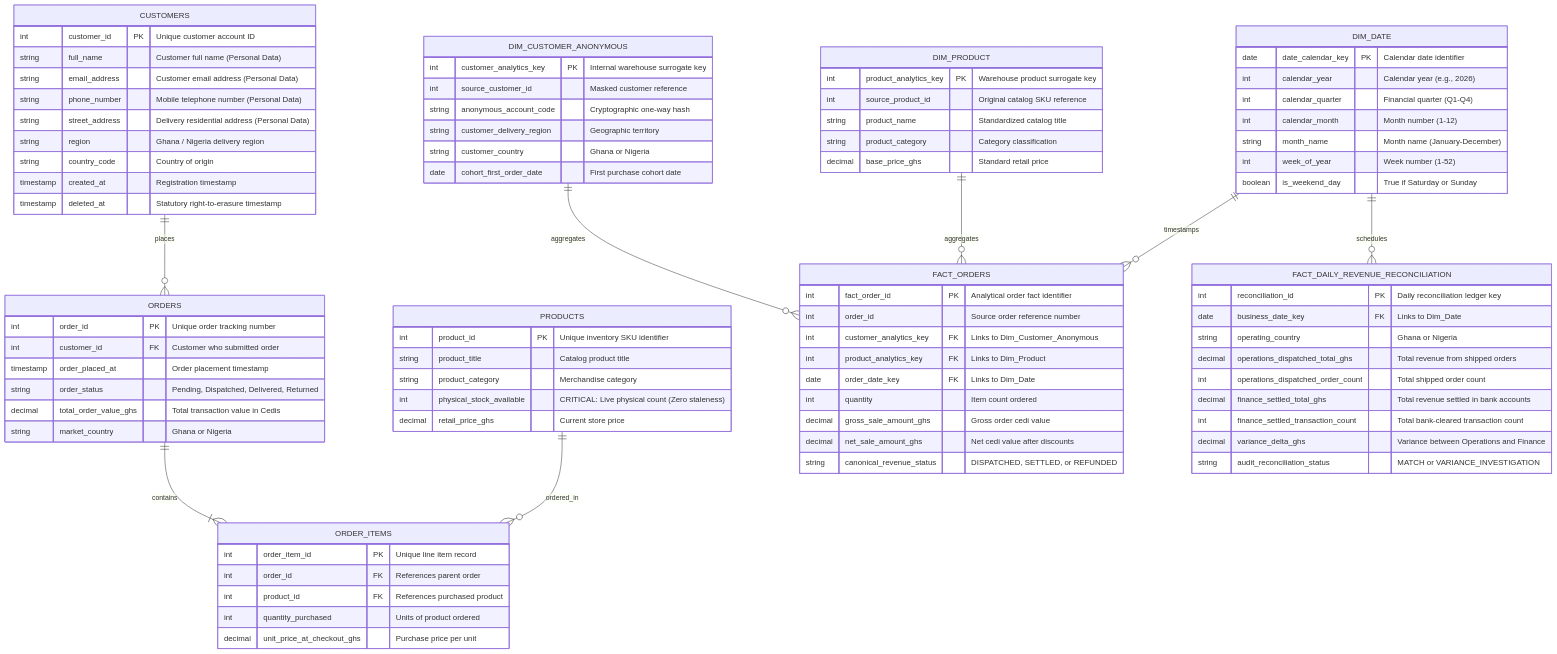
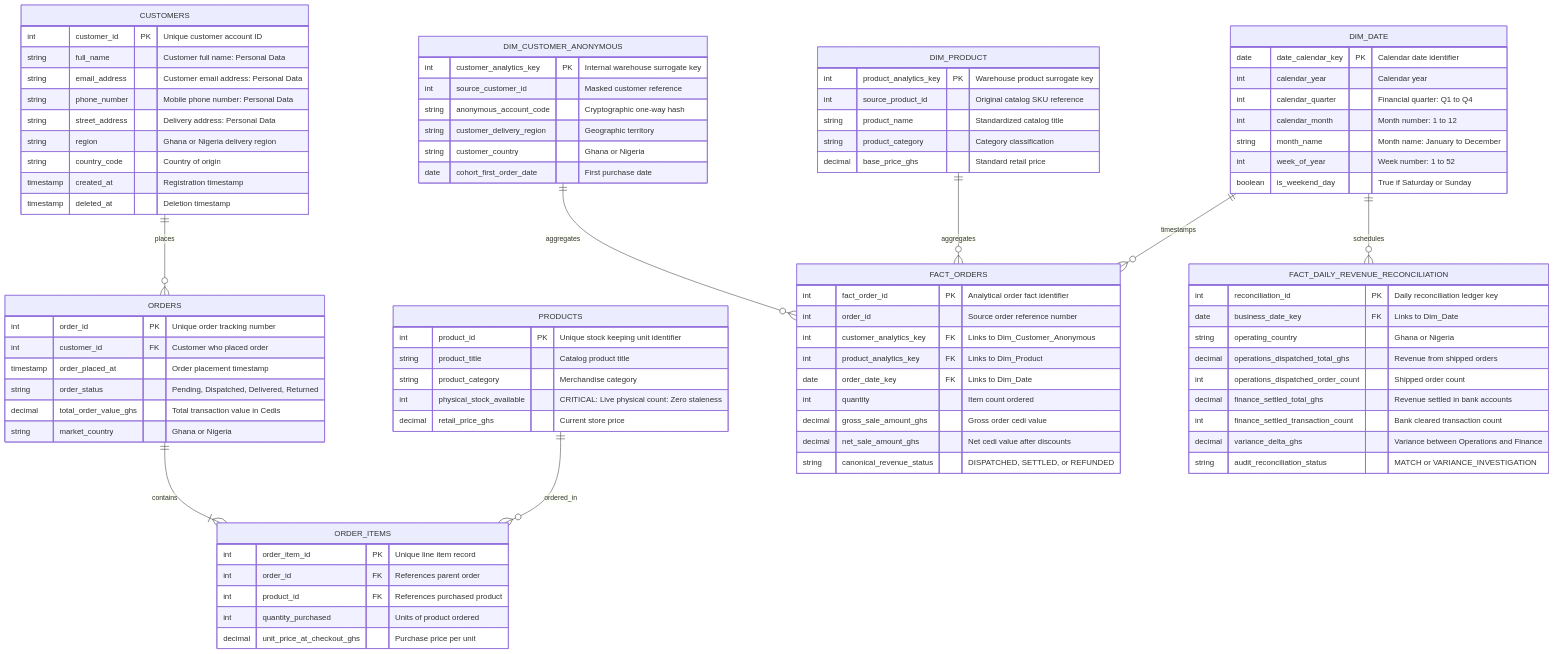
One commit to samuel-quaigraine/kloud_kart_lab_samuel_quaigraine changed the second of 2 diagrams in erd_and_architecture.md. Above: the diagram before and after it, drawn with Mermaid. The commit also changed other lines of this file, not shown here.

Commit message:
docs(erd): fix github mermaid render and add plain visual disclaimer

````diff
--- a/erd_and_architecture.md
+++ b/erd_and_architecture.md
@@ -52,21 +53,20 @@
 ```mermaid
 erDiagram
-    %% OPERATIONAL (TRANSACTIONAL) SCHEMA - Primary MySQL
     CUSTOMERS {
         int customer_id PK "Unique customer account ID"
-        string full_name "Customer full name (Personal Data)"
-        string email_address "Customer email address (Personal Data)"
-        string phone_number "Mobile telephone number (Personal Data)"
-        string street_address "Delivery residential address (Personal Data)"
-        string region "Ghana / Nigeria delivery region"
+        string full_name "Customer full name: Personal Data"
+        string email_address "Customer email address: Personal Data"
+        string phone_number "Mobile phone number: Personal Data"
+        string street_address "Delivery address: Personal Data"
+        string region "Ghana or Nigeria delivery region"
         string country_code "Country of origin"
         timestamp created_at "Registration timestamp"
-        timestamp deleted_at "Statutory right-to-erasure timestamp"
+        timestamp deleted_at "Deletion timestamp"
     }
 
     ORDERS {
         int order_id PK "Unique order tracking number"
-        int customer_id FK "Customer who submitted order"
+        int customer_id FK "Customer who placed order"
         timestamp order_placed_at "Order placement timestamp"
         string order_status "Pending, Dispatched, Delivered, Returned"
         decimal total_order_value_ghs "Total transaction value in Cedis"
@@ -82,10 +82,10 @@
     }
 
     PRODUCTS {
-        int product_id PK "Unique inventory SKU identifier"
+        int product_id PK "Unique stock keeping unit identifier"
         string product_title "Catalog product title"
         string product_category "Merchandise category"
-        int physical_stock_available "CRITICAL: Live physical count (Zero staleness)"
+        int physical_stock_available "CRITICAL: Live physical count: Zero staleness"
         decimal retail_price_ghs "Current store price"
     }
 
@@ -93,14 +93,13 @@
     ORDERS ||--|{ ORDER_ITEMS : "contains"
     PRODUCTS ||--o{ ORDER_ITEMS : "ordered_in"
 
-    %% ANALYTICAL REPORTING SCHEMA - Central Warehouse Database
     DIM_CUSTOMER_ANONYMOUS {
         int customer_analytics_key PK "Internal warehouse surrogate key"
         int source_customer_id "Masked customer reference"
         string anonymous_account_code "Cryptographic one-way hash"
         string customer_delivery_region "Geographic territory"
         string customer_country "Ghana or Nigeria"
-        date cohort_first_order_date "First purchase cohort date"
+        date cohort_first_order_date "First purchase date"
     }
 
     DIM_PRODUCT {
@@ -113,11 +112,11 @@
 
     DIM_DATE {
         date date_calendar_key PK "Calendar date identifier"
-        int calendar_year "Calendar year (e.g., 2026)"
-        int calendar_quarter "Financial quarter (Q1-Q4)"
-        int calendar_month "Month number (1-12)"
-        string month_name "Month name (January-December)"
-        int week_of_year "Week number (1-52)"
+        int calendar_year "Calendar year"
+        int calendar_quarter "Financial quarter: Q1 to Q4"
+        int calendar_month "Month number: 1 to 12"
+        string month_name "Month name: January to December"
+        int week_of_year "Week number: 1 to 52"
         boolean is_weekend_day "True if Saturday or Sunday"
     }
 
@@ -137,10 +136,10 @@
         int reconciliation_id PK "Daily reconciliation ledger key"
         date business_date_key FK "Links to Dim_Date"
         string operating_country "Ghana or Nigeria"
-        decimal operations_dispatched_total_ghs "Total revenue from shipped orders"
-        int operations_dispatched_order_count "Total shipped order count"
-        decimal finance_settled_total_ghs "Total revenue settled in bank accounts"
-        int finance_settled_transaction_count "Total bank-cleared transaction count"
+        decimal operations_dispatched_total_ghs "Revenue from shipped orders"
+        int operations_dispatched_order_count "Shipped order count"
+        decimal finance_settled_total_ghs "Revenue settled in bank accounts"
+        int finance_settled_transaction_count "Bank cleared transaction count"
         decimal variance_delta_ghs "Variance between Operations and Finance"
         string audit_reconciliation_status "MATCH or VARIANCE_INVESTIGATION"
     }
````
